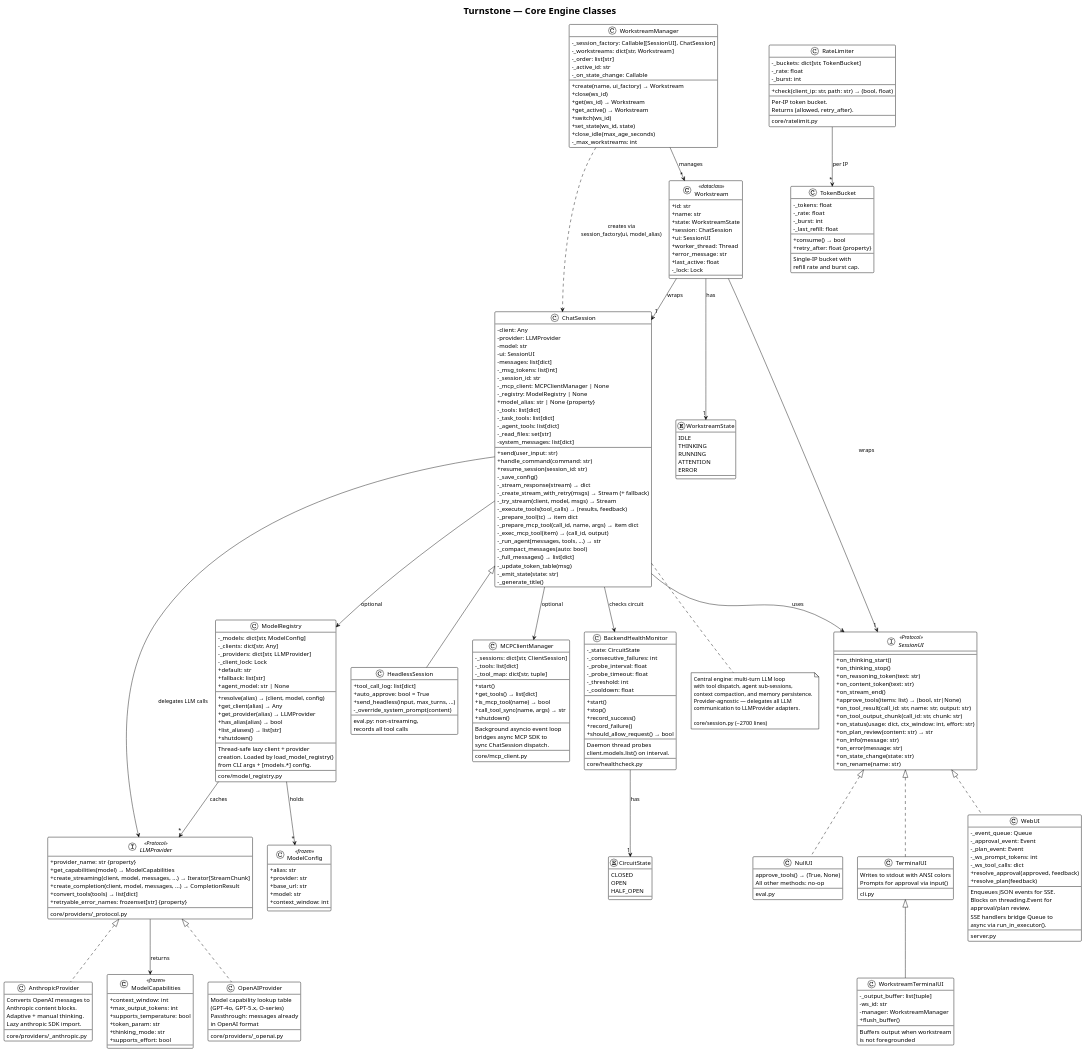
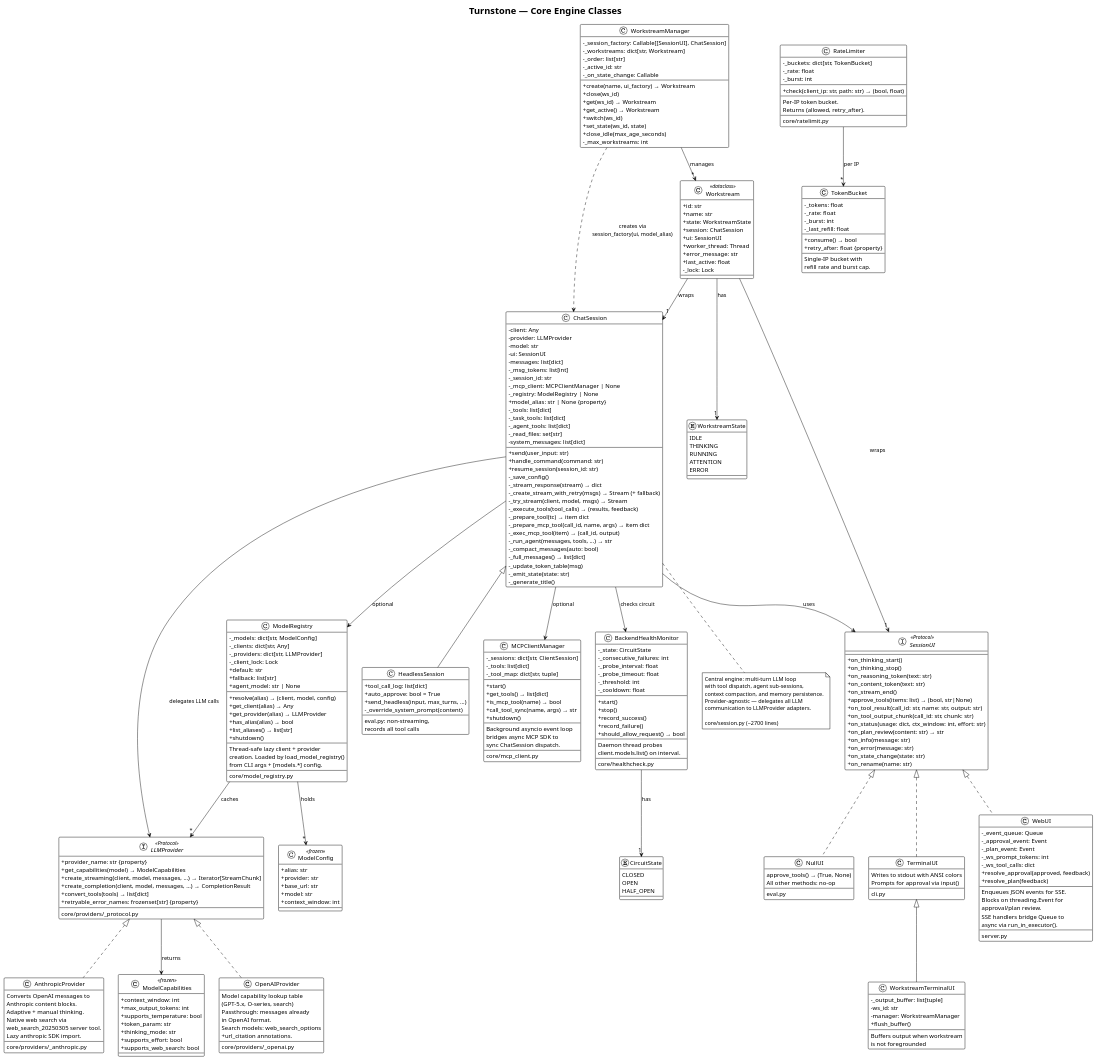
One commit to turnstonelabs/turnstone changed the diagram in docs/diagrams/03-core-engine-classes.puml. Above: the diagram before and after it, drawn with PlantUML. The commit also changed 14 other files, not shown here.

First line of the commit message:
Add provider-native web search with Tavily fallback

```diff
--- a/docs/diagrams/03-core-engine-classes.puml
+++ b/docs/diagrams/03-core-engine-classes.puml
@@ -79,9 +79,11 @@
 
 class "OpenAIProvider" as OpenAIProv {
     Model capability lookup table
-    (GPT-4o, GPT-5.x, O-series)
+    (GPT-5.x, O-series, search)
     Passthrough: messages already
-    in OpenAI format
+    in OpenAI format.
+    Search models: web_search_options
+    + url_citation annotations.
     --
     core/providers/_openai.py
 }
@@ -90,6 +92,8 @@
     Converts OpenAI messages to
     Anthropic content blocks.
     Adaptive + manual thinking.
+    Native web search via
+    web_search_20250305 server tool.
     Lazy anthropic SDK import.
     --
     core/providers/_anthropic.py
@@ -103,6 +107,7 @@
     + token_param: str
     + thinking_mode: str
     + supports_effort: bool
+    + supports_web_search: bool
 }
 
 ' ChatSession
```
